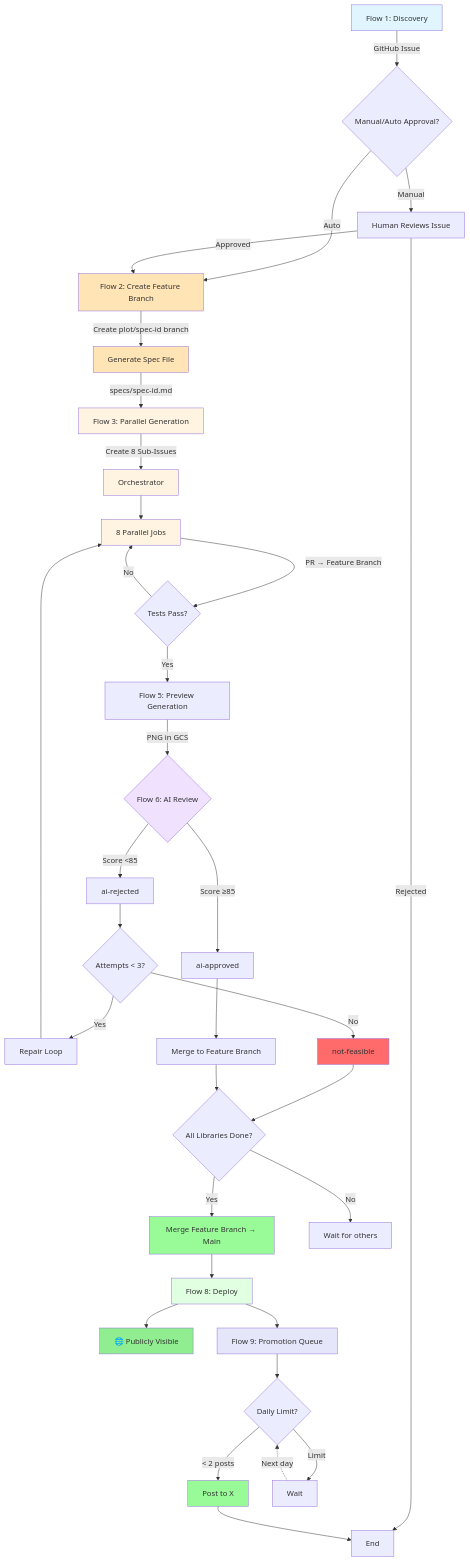
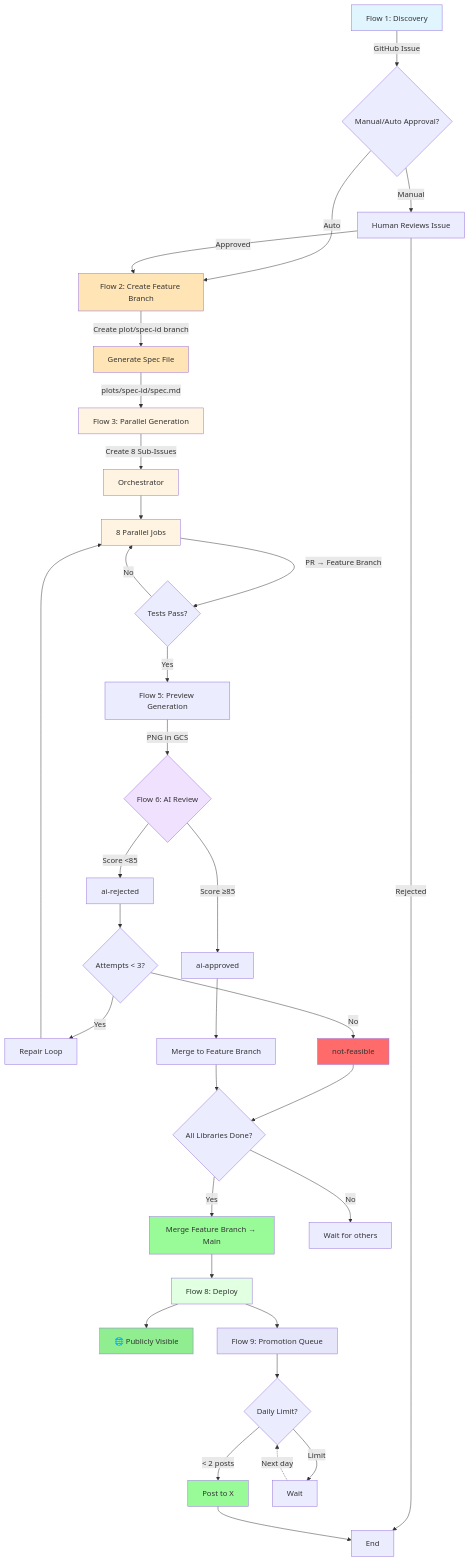
Before and after one commit to MarkusNeusinger/pyplots: the third of 3 diagrams in docs/workflow.md, drawn with Mermaid. The commit also changed other lines of this file and 4 other files, not shown here.

````diff
--- a/docs/workflow.md
+++ b/docs/workflow.md
@@ -270,58 +272,58 @@
 ```mermaid
 graph TD
     A[Flow 1: Discovery] -->|GitHub Issue| B{Manual/Auto Approval?}
     B -->|Manual| C[Human Reviews Issue]
     B -->|Auto| D0[Flow 2: Create Feature Branch]
     C -->|Approved| D0
     C -->|Rejected| Z[End]
 
     D0 -->|Create plot/spec-id branch| D0a[Generate Spec File]
-    D0a -->|specs/spec-id.md| D[Flow 3: Parallel Generation]
+    D0a -->|plots/spec-id/spec.md| D[Flow 3: Parallel Generation]
 
     D -->|Create 8 Sub-Issues| D1[Orchestrator]
     D1 --> D2[8 Parallel Jobs]
     D2 -->|PR → Feature Branch| E{Tests Pass?}
 
     E -->|Yes| F[Flow 5: Preview Generation]
     E -->|No| D2
 
     F -->|PNG in GCS| G{Flow 6: AI Review}
     G -->|Score ≥85| H[ai-approved]
     G -->|Score <85| I[ai-rejected]
 
     I --> J{Attempts < 3?}
     J -->|Yes| K[Repair Loop]
     K --> D2
     J -->|No| L[not-feasible]
 
     H --> M[Merge to Feature Branch]
     L --> M2{All Libraries Done?}
     M --> M2
 
     M2 -->|Yes| M3[Merge Feature Branch → Main]
     M2 -->|No| Z2[Wait for others]
 
     M3 --> N[Flow 8: Deploy]
     N --> O[🌐 Publicly Visible]
     N --> P[Flow 9: Promotion Queue]
 
     P --> Q{Daily Limit?}
     Q -->|< 2 posts| R[Post to X]
     Q -->|Limit| S[Wait]
     R --> Z
     S -.->|Next day| Q
 
     style A fill:#e1f5ff
     style D0 fill:#ffe4b5
     style D0a fill:#ffe4b5
     style D fill:#fff4e1
     style D1 fill:#fff4e1
     style D2 fill:#fff4e1
     style G fill:#f0e1ff
     style M3 fill:#98FB98
     style N fill:#e1ffe1
     style O fill:#90EE90
     style L fill:#FF6B6B
     style P fill:#E6E6FA
     style R fill:#98FB98
 ```
````
